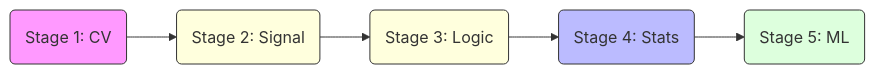
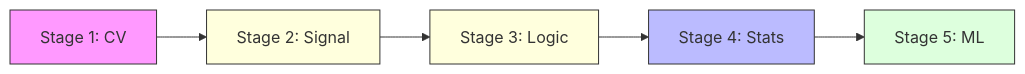
The diagram in MASTER_PLAN.md (thanhhuyvan/Lightweight-DMS), drawn with Mermaid before and after one commit. The commit also changed other lines of this file and 2 other files, not shown here.

Commit message:
docs: finalize scientific master plan and optimize mermaid diagrams

````diff
--- a/MASTER_PLAN.md
+++ b/MASTER_PLAN.md
@@ -19,13 +13,13 @@
 ```mermaid
 graph LR
-    S1(Stage 1: CV) --> S2(Stage 2: Signal)
-    S2 --> S3(Stage 3: Logic)
-    S3 --> S4(Stage 4: Stats)
-    S4 --> S5(Stage 5: ML)
+    S1[Stage 1: CV] --> S2[Stage 2: Signal]
+    S2 --> S3[Stage 3: Logic]
+    S3 --> S4[Stage 4: Stats]
+    S4 --> S5[Stage 5: ML]
 
     style S1 fill:#f9f,stroke:#333
     style S2 fill:#ffd,stroke:#333
     style S3 fill:#ffd,stroke:#333
     style S4 fill:#bbf,stroke:#333
     style S5 fill:#dfd,stroke:#333
 ```
````
